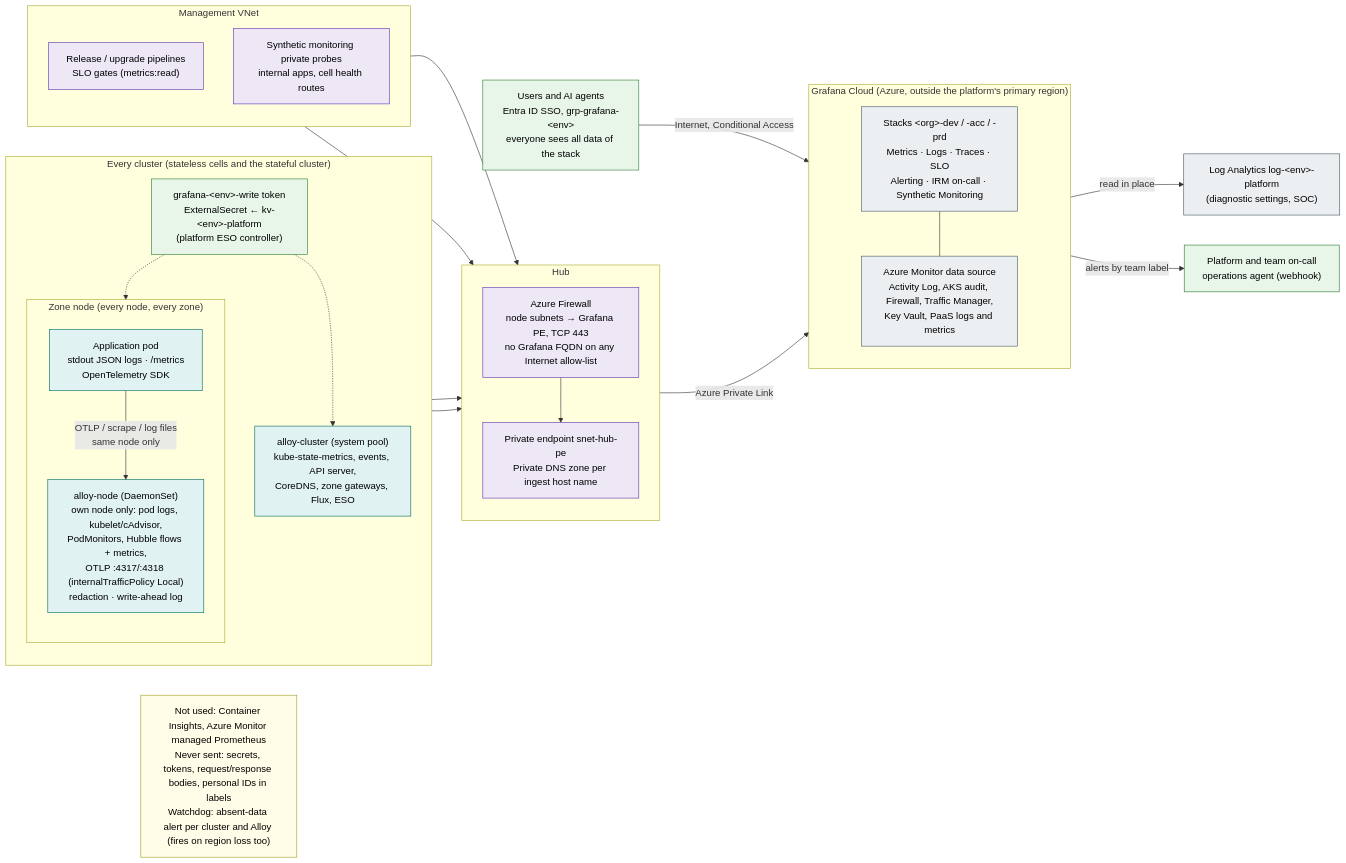
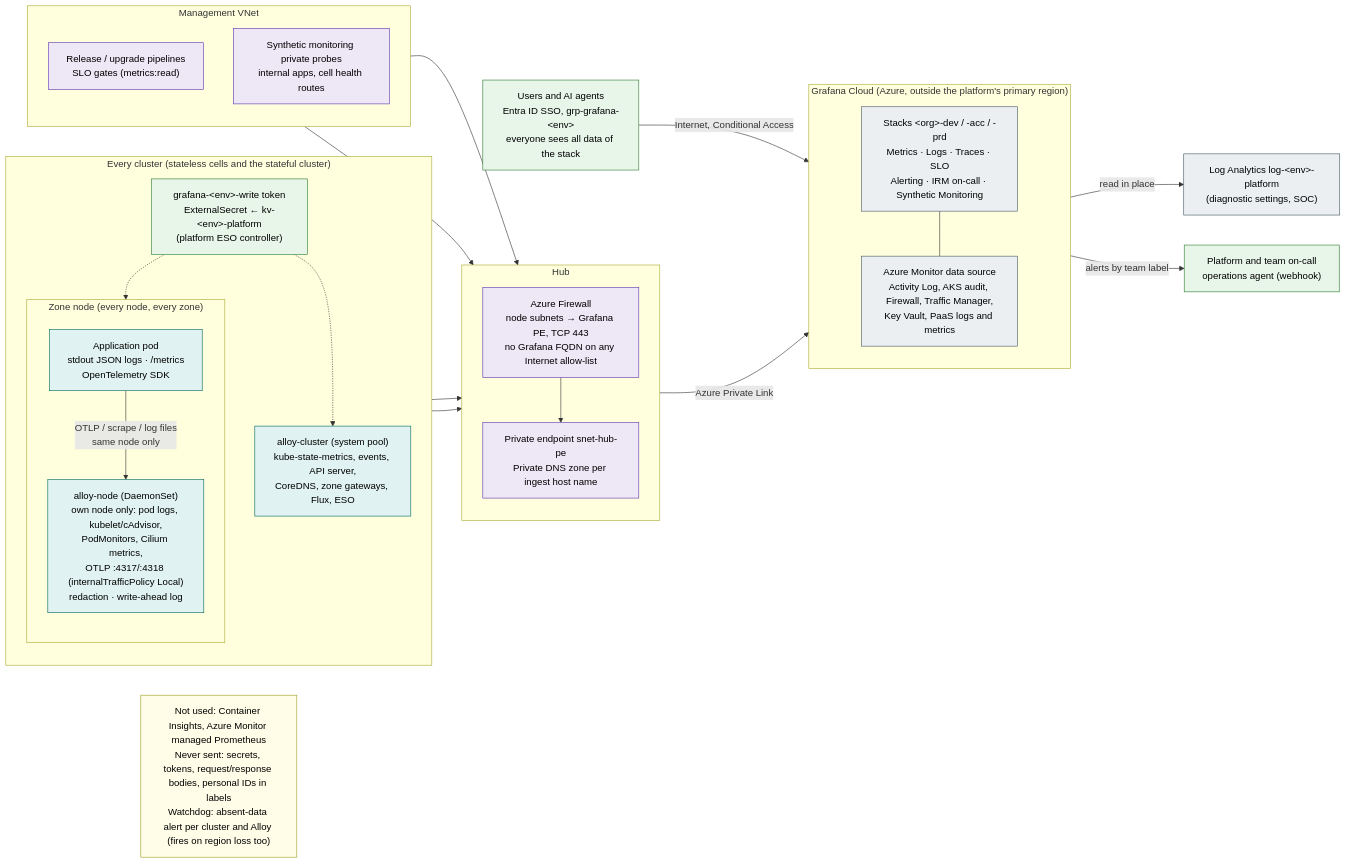
The diagram in diagrams/6.2-observability.mmd (onek8s/onek8s.github.io), drawn with Mermaid before and after one commit. The commit also changed 47 other files, not shown here.

```diff
--- a/diagrams/6.2-observability.mmd
+++ b/diagrams/6.2-observability.mmd
@@ -1,64 +1,64 @@
 %% Observability with Grafana Cloud: node-local Grafana Alloy in every cluster, Private Link from the hub,
 %% one stack per environment outside the platform's region; anyone who can sign in to a stack sees all its data.
 %% Azure-produced logs stay in Log Analytics and are read in place by the Azure Monitor data source.
 flowchart LR
     subgraph CL["Every cluster (stateless cells and the stateful cluster)"]
         direction TB
         subgraph NODE["Zone node (every node, every zone)"]
             direction TB
             app["Application pod<br/>stdout JSON logs · /metrics<br/>OpenTelemetry SDK"]
-            an["alloy-node (DaemonSet)<br/>own node only: pod logs, kubelet/cAdvisor,<br/>PodMonitors, Hubble flows + metrics,<br/>OTLP :4317/:4318 (internalTrafficPolicy Local)<br/>redaction · write-ahead log"]
+            an["alloy-node (DaemonSet)<br/>own node only: pod logs, kubelet/cAdvisor,<br/>PodMonitors, Cilium metrics,<br/>OTLP :4317/:4318 (internalTrafficPolicy Local)<br/>redaction · write-ahead log"]
         end
         ac["alloy-cluster (system pool)<br/>kube-state-metrics, events, API server,<br/>CoreDNS, zone gateways, Flux, ESO"]
         tok["grafana-&lt;env&gt;-write token<br/>ExternalSecret ← kv-&lt;env&gt;-platform<br/>(platform ESO controller)"]
     end
 
     subgraph HUB["Hub"]
         direction TB
         fw["Azure Firewall<br/>node subnets → Grafana PE, TCP 443<br/>no Grafana FQDN on any Internet allow-list"]
         pe["Private endpoint snet-hub-pe<br/>Private DNS zone per ingest host name"]
     end
 
     subgraph MG["Management VNet"]
         direction TB
         pipe["Release / upgrade pipelines<br/>SLO gates (metrics:read)"]
         probe["Synthetic monitoring private probes<br/>internal apps, cell health routes"]
     end
 
     subgraph GC["Grafana Cloud (Azure, outside the platform's primary region)"]
         direction TB
         stack["Stacks &lt;org&gt;-dev / -acc / -prd<br/>Metrics · Logs · Traces · SLO<br/>Alerting · IRM on-call · Synthetic Monitoring"]
         amds["Azure Monitor data source<br/>Activity Log, AKS audit, Firewall, Traffic Manager,<br/>Key Vault, PaaS logs and metrics"]
     end
 
     law["Log Analytics log-&lt;env&gt;-platform<br/>(diagnostic settings, SOC)"]
     users["Users and AI agents<br/>Entra ID SSO, grp-grafana-&lt;env&gt;<br/>everyone sees all data of the stack"]
     oncall["Platform and team on-call<br/>operations agent (webhook)"]
 
     app -->|"OTLP / scrape / log files<br/>same node only"| an
     tok -.-> an
     tok -.-> ac
     an --> fw
     ac --> fw
     fw --> pe
     pipe --> pe
     probe --> pe
     pe -->|"Azure Private Link"| stack
     stack --- amds
     amds -->|"read in place"| law
     users -->|"Internet, Conditional Access"| stack
     stack -->|"alerts by team label"| oncall
 
     note["Not used: Container Insights, Azure Monitor managed Prometheus<br/>Never sent: secrets, tokens, request/response bodies, personal IDs in labels<br/>Watchdog: absent-data alert per cluster and Alloy (fires on region loss too)"]
 
     classDef cp fill:#eceff1,stroke:#455a64,color:#000
     classDef sl fill:#e0f2f1,stroke:#00695c,color:#000
     classDef hub fill:#ede7f6,stroke:#5e35b1,color:#000
     classDef id fill:#e8f5e9,stroke:#2e7d32,color:#000
     classDef note fill:#fffde7,stroke:#9e9d24,color:#000
     class app,an,ac sl
     class tok id
     class fw,pe,pipe,probe hub
     class stack,amds,law cp
     class users,oncall id
     class note note
```
